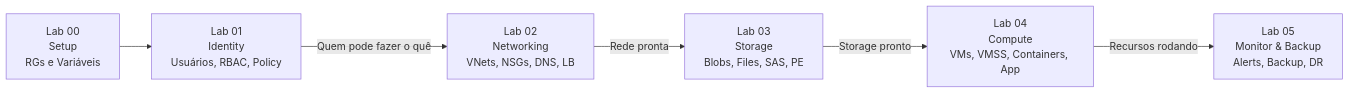
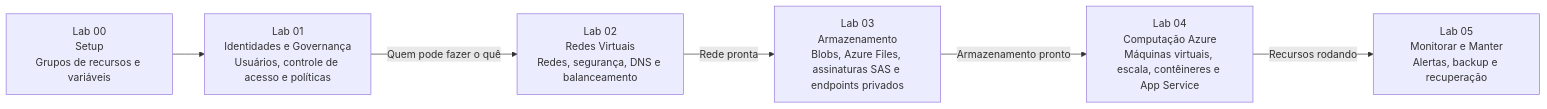
One commit to fabriciofs/az-104 changed the diagram in lab_novo/README.md. Above: the diagram before and after it, drawn with Mermaid. The commit also changed other lines of this file and 7 other files, not shown here.

````diff
--- a/lab_novo/README.md
+++ b/lab_novo/README.md
@@ -7,8 +7,8 @@
 ```mermaid
 graph LR
-    L0[Lab 00<br/>Setup<br/>RGs e Variáveis] --> L1[Lab 01<br/>Identity<br/>Usuários, RBAC, Policy]
-    L1 -->|"Quem pode fazer o quê"| L2[Lab 02<br/>Networking<br/>VNets, NSGs, DNS, LB]
-    L2 -->|"Rede pronta"| L3[Lab 03<br/>Storage<br/>Blobs, Files, SAS, PE]
-    L3 -->|"Storage pronto"| L4[Lab 04<br/>Compute<br/>VMs, VMSS, Containers, App]
-    L4 -->|"Recursos rodando"| L5[Lab 05<br/>Monitor & Backup<br/>Alerts, Backup, DR]
+    L0[Lab 00<br/>Setup<br/>Grupos de recursos e variáveis] --> L1[Lab 01<br/>Identidades e Governança<br/>Usuários, controle de acesso e políticas]
+    L1 -->|"Quem pode fazer o quê"| L2[Lab 02<br/>Redes Virtuais<br/>Redes, segurança, DNS e balanceamento]
+    L2 -->|"Rede pronta"| L3[Lab 03<br/>Armazenamento<br/>Blobs, Azure Files, assinaturas SAS e endpoints privados]
+    L3 -->|"Armazenamento pronto"| L4[Lab 04<br/>Computação Azure<br/>Máquinas virtuais, escala, contêineres e App Service]
+    L4 -->|"Recursos rodando"| L5[Lab 05<br/>Monitorar e Manter<br/>Alertas, backup e recuperação]
 ```
````
